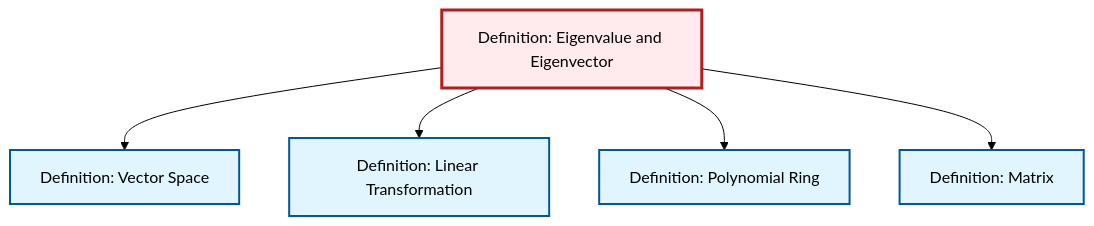
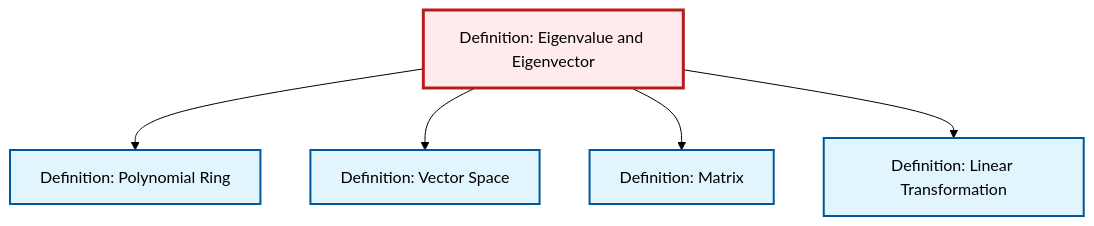
Before and after one commit to RK0429/ModernMath: the diagram in content/ja/algebra/def-eigenvalue-eigenvector.qmd, drawn with Mermaid (forest theme). The commit also changed other lines of this file and 360 other files, not shown here.

````diff
--- a/content/ja/algebra/def-eigenvalue-eigenvector.qmd
+++ b/content/ja/algebra/def-eigenvalue-eigenvector.qmd
@@ -76,23 +76,23 @@
 ```{mermaid}
 %%| fig-cap: "Local dependency graph"
 graph TD
     classDef definition fill:#e1f5fe,stroke:#01579b,stroke-width:2px
     classDef theorem fill:#f3e5f5,stroke:#4a148c,stroke-width:2px
     classDef axiom fill:#fff3e0,stroke:#e65100,stroke-width:2px
     classDef example fill:#e8f5e9,stroke:#1b5e20,stroke-width:2px
     classDef current fill:#ffebee,stroke:#b71c1c,stroke-width:3px
+    def-vector-space["Definition: Vector Space"]:::definition
     def-eigenvalue-eigenvector["Definition: Eigenvalue and Eigenvector"]:::definition
     def-polynomial-ring["Definition: Polynomial Ring"]:::definition
+    def-matrix["Definition: Matrix"]:::definition
     def-linear-transformation["Definition: Linear Transformation"]:::definition
-    def-vector-space["Definition: Vector Space"]:::definition
-    def-matrix["Definition: Matrix"]:::definition
+    def-eigenvalue-eigenvector --> def-polynomial-ring
     def-eigenvalue-eigenvector --> def-vector-space
+    def-eigenvalue-eigenvector --> def-matrix
     def-eigenvalue-eigenvector --> def-linear-transformation
-    def-eigenvalue-eigenvector --> def-polynomial-ring
-    def-eigenvalue-eigenvector --> def-matrix
     class def-eigenvalue-eigenvector current
+    click def-vector-space "def-vector-space.html" "Definition: Vector Spaceへ"
     click def-polynomial-ring "def-polynomial-ring.html" "Definition: Polynomial Ringへ"
+    click def-matrix "def-matrix.html" "Definition: Matrixへ"
     click def-linear-transformation "def-linear-transformation.html" "Definition: Linear Transformationへ"
-    click def-vector-space "def-vector-space.html" "Definition: Vector Spaceへ"
-    click def-matrix "def-matrix.html" "Definition: Matrixへ"
 ```
````
